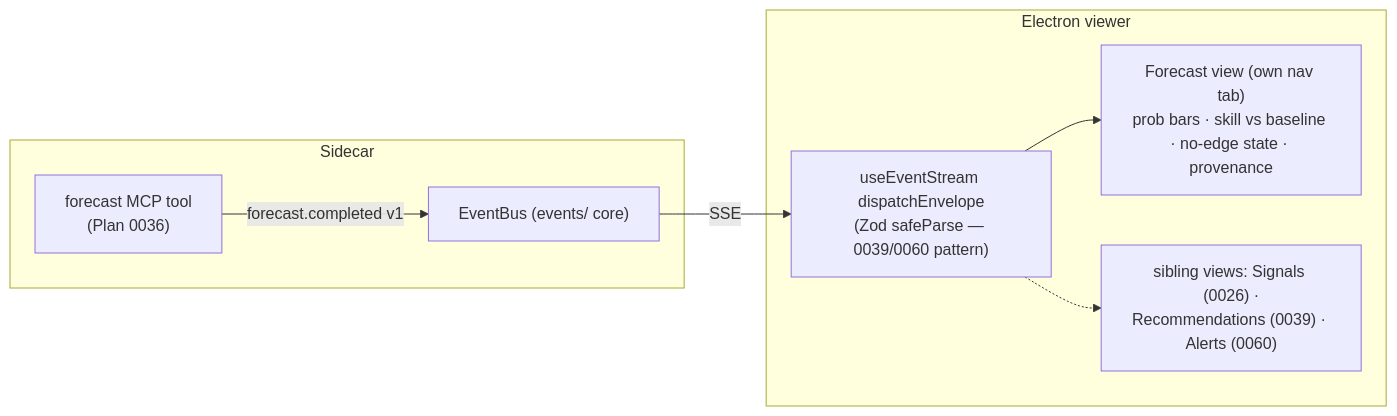
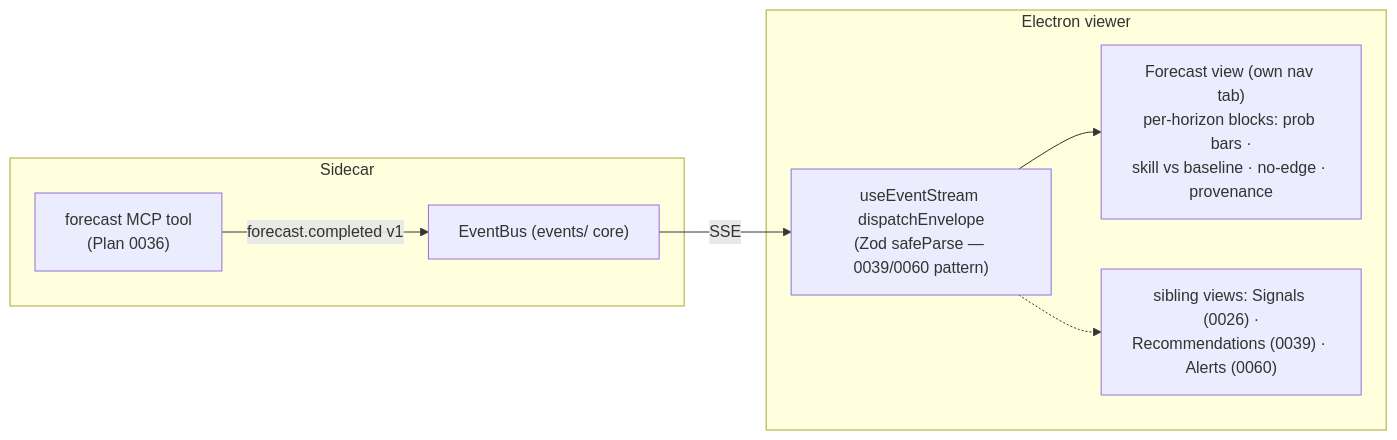
One commit to IgorKonovalov/market-analyzer changed the diagram in docs/architecture/plans/0037-forecast-ui-surface.md. Above: the diagram before and after it, drawn with Mermaid. The commit also changed other lines of this file and 1 other file, not shown here.

First line of the commit message:
docs(architect): re-actualize plan 0037 for the 0059 multi-horizon result

````diff
--- a/docs/architecture/plans/0037-forecast-ui-surface.md
+++ b/docs/architecture/plans/0037-forecast-ui-surface.md
@@ -23,16 +23,16 @@
 ```mermaid
 flowchart LR
   subgraph sidecar["Sidecar"]
     tool["forecast MCP tool<br/>(Plan 0036)"]
     bus["EventBus (events/ core)"]
     tool -->|forecast.completed v1| bus
   end
   subgraph viewer["Electron viewer"]
     sse["useEventStream dispatchEnvelope<br/>(Zod safeParse — 0039/0060 pattern)"]
-    panel["Forecast view (own nav tab)<br/>prob bars · skill vs baseline · no-edge state · provenance"]
+    panel["Forecast view (own nav tab)<br/>per-horizon blocks: prob bars ·<br/>skill vs baseline · no-edge · provenance"]
     others["sibling views: Signals (0026) ·<br/>Recommendations (0039) · Alerts (0060)"]
     sse --> panel
     sse -.-> others
   end
   bus -->|SSE| sse
 ```
````
